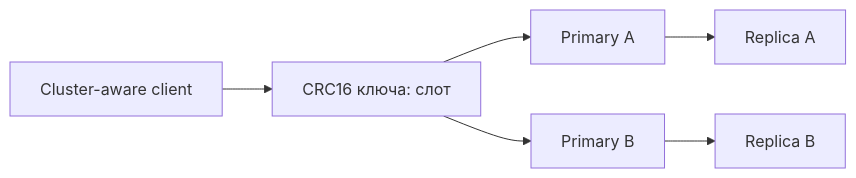
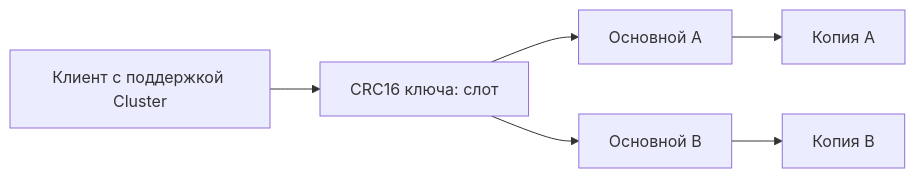
The diagram in docs/databases/redis/cluster.md (leary1337/vault), drawn with Mermaid before and after one commit. The commit also changed other lines of this file and 325 other files, not shown here.

````diff
--- a/docs/databases/redis/cluster.md
+++ b/docs/databases/redis/cluster.md
@@ -57,8 +39,8 @@
 ```mermaid
 flowchart LR
-    Client[Cluster-aware client] --> Slot[CRC16 ключа: слот]
-    Slot --> A[Primary A]
-    Slot --> B[Primary B]
-    A --> AR[Replica A]
-    B --> BR[Replica B]
+    Client[Клиент с поддержкой Cluster] --> Slot[CRC16 ключа: слот]
+    Slot --> A[Основной A]
+    Slot --> B[Основной B]
+    A --> AR[Копия A]
+    B --> BR[Копия B]
 ```
````
